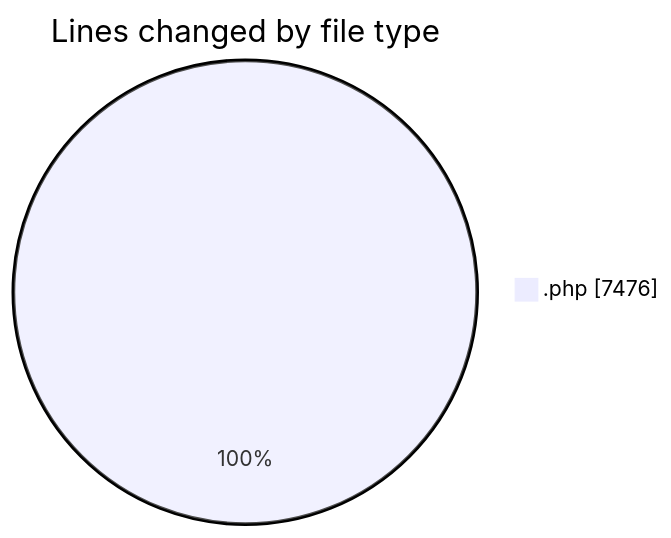
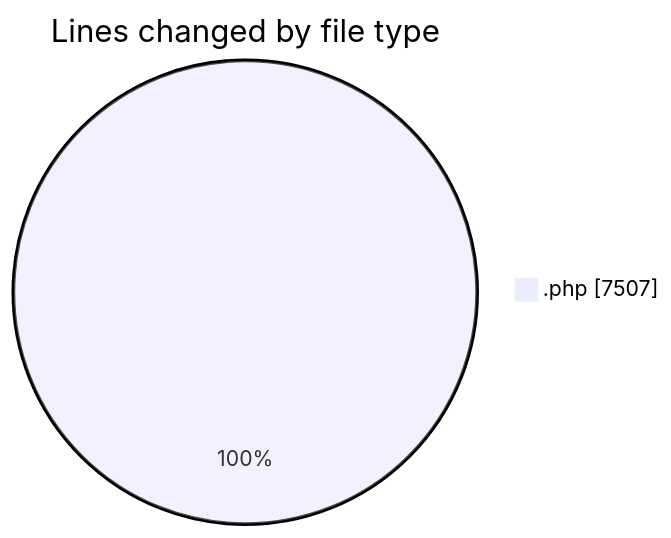
Before and after one commit to vahidmafi/code-tracking: the first of 2 diagrams in 2025-07-21/shop/README.md, drawn with Mermaid. The commit also changed other lines of this file and 1 other file, not shown here.

````diff
--- a/2025-07-21/shop/README.md
+++ b/2025-07-21/shop/README.md
@@ -22,5 +22,5 @@
 ```mermaid
 pie showData
 title Lines changed by file type
-".php" : 7476
+".php" : 7507
 ```
````
